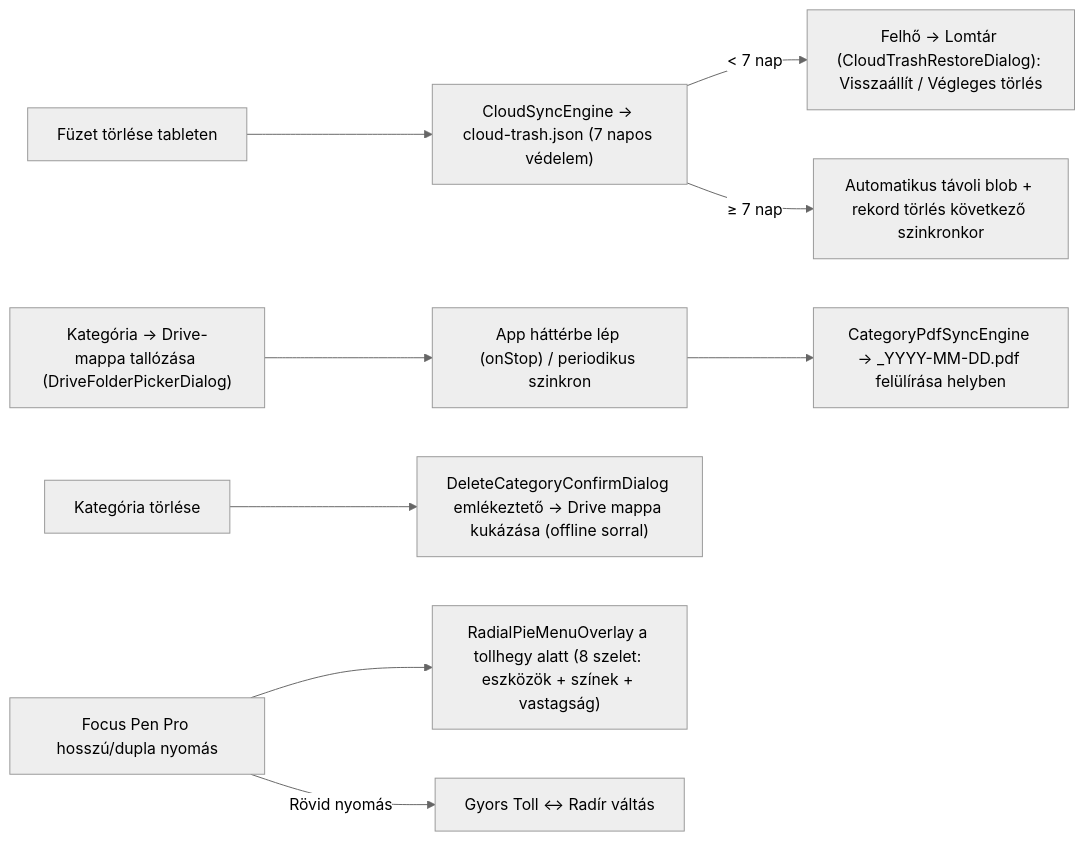
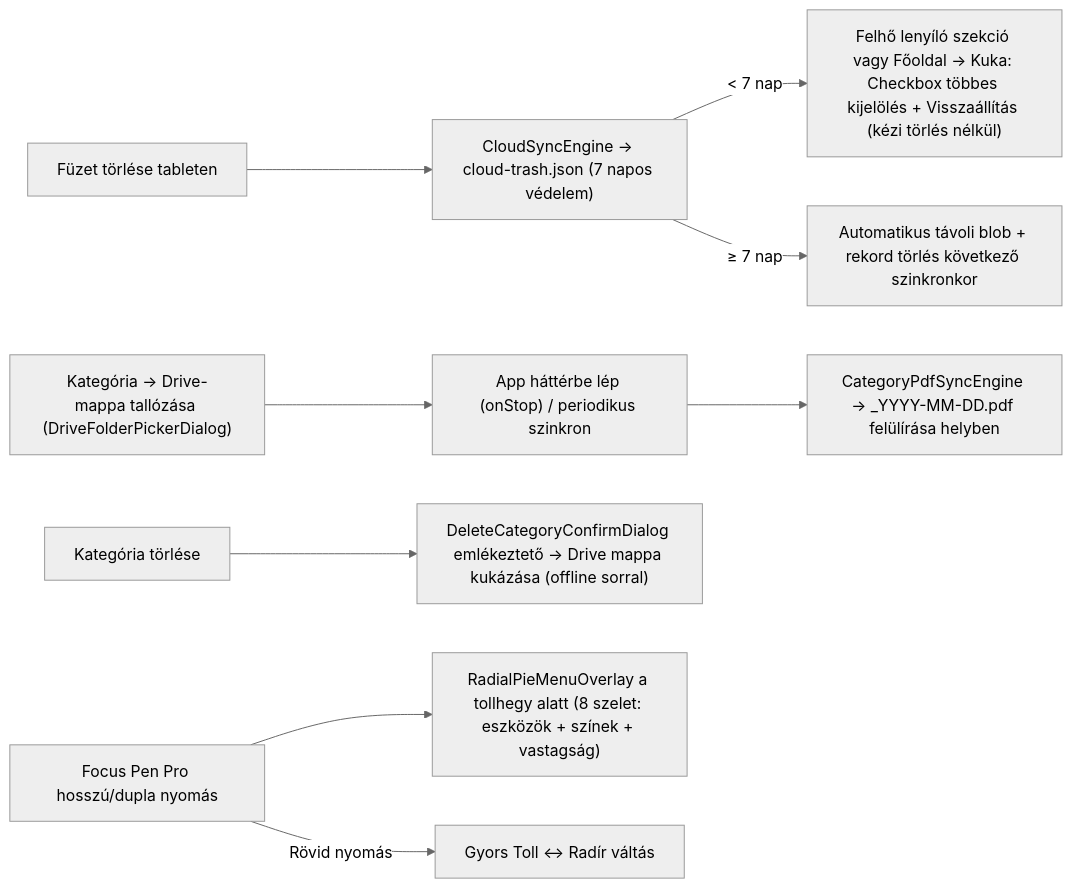
Diagram 17 of 17 in docs/user_journeys.md (Fruktoz0/Stylusnote), drawn with Mermaid (neutral theme) before and after one commit. The commit also changed 11 other files, not shown here.

Commit message:
kuka és 7 napos törlés fixálása

````diff
--- a/docs/user_journeys.md
+++ b/docs/user_journeys.md
@@ -265,11 +265,11 @@
 ```mermaid
 flowchart LR
     DELNB["Füzet törlése tableten"] --> SY["CloudSyncEngine → cloud-trash.json (7 napos védelem)"]
-    SY -- "< 7 nap" --> RES["Felhő → Lomtár (CloudTrashRestoreDialog): Visszaállít / Végleges törlés"]
+    SY -- "< 7 nap" --> RES["Felhő lenyíló szekció vagy Főoldal → Kuka: Checkbox többes kijelölés + Visszaállítás (kézi törlés nélkül)"]
     SY -- "≥ 7 nap" --> PRG["Automatikus távoli blob + rekord törlés következő szinkronkor"]
     CAT["Kategória → Drive-mappa tallózása (DriveFolderPickerDialog)"] --> BG["App háttérbe lép (onStop) / periodikus szinkron"]
     BG --> EX["CategoryPdfSyncEngine → <Cím>_YYYY-MM-DD.pdf felülírása helyben"]
     DELC["Kategória törlése"] --> WARN["DeleteCategoryConfirmDialog emlékeztető → Drive mappa kukázása (offline sorral)"]
     PEN["Focus Pen Pro hosszú/dupla nyomás"] --> PIE["RadialPieMenuOverlay a tollhegy alatt (8 szelet: eszközök + színek + vastagság)"]
     PEN -- "Rövid nyomás" --> TOG["Gyors Toll ↔ Radír váltás"]
 ```
````
